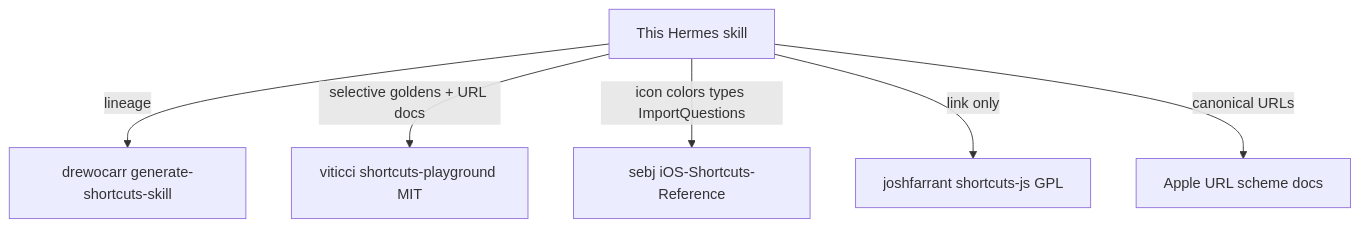
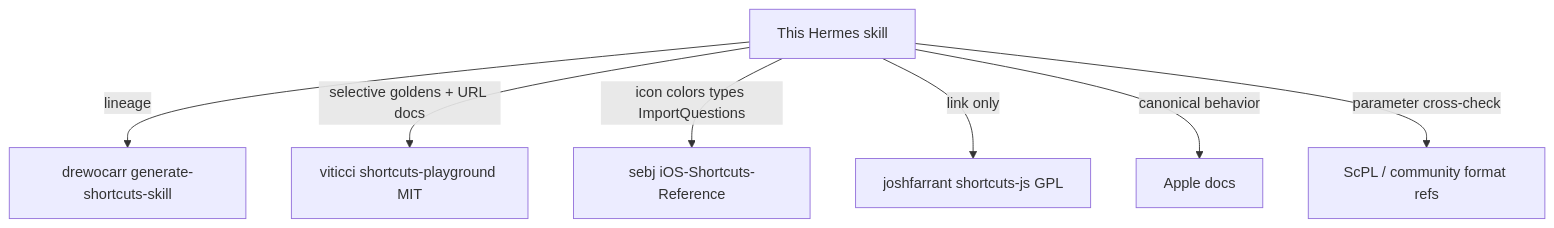
One commit to OTNworld/generate-shortcuts-skill-Hermes- changed the diagram in references/ECOSYSTEM.md. Above: the diagram before and after it, drawn with Mermaid. The commit also changed other lines of this file and 13 other files, not shown here.

First line of the commit message:
Harden sources registry: schema, gaps index, official refs (1.14.0)

````diff
--- a/references/ECOSYSTEM.md
+++ b/references/ECOSYSTEM.md
@@ -22,14 +27,16 @@
 ```mermaid
 flowchart TB
   hermesSkill[This Hermes skill]
   upstream[drewocarr generate-shortcuts-skill]
   playground[viticci shortcuts-playground MIT]
   sebj[sebj iOS-Shortcuts-Reference]
   shortcutsjs[joshfarrant shortcuts-js GPL]
-  apple[Apple URL scheme docs]
+  apple[Apple docs]
+  scpl[ScPL / community format refs]
   hermesSkill -->|lineage| upstream
   hermesSkill -->|selective goldens + URL docs| playground
   hermesSkill -->|icon colors types ImportQuestions| sebj
   hermesSkill -->|link only| shortcutsjs
-  hermesSkill -->|canonical URLs| apple
+  hermesSkill -->|canonical behavior| apple
+  hermesSkill -->|parameter cross-check| scpl
 ```
````
